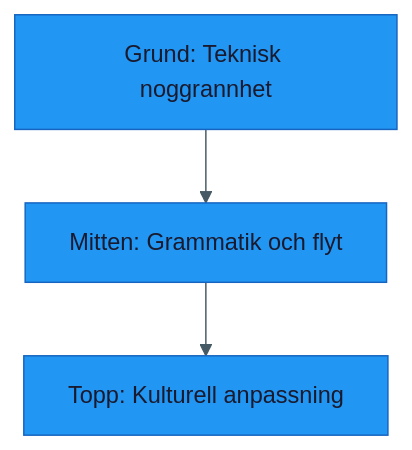
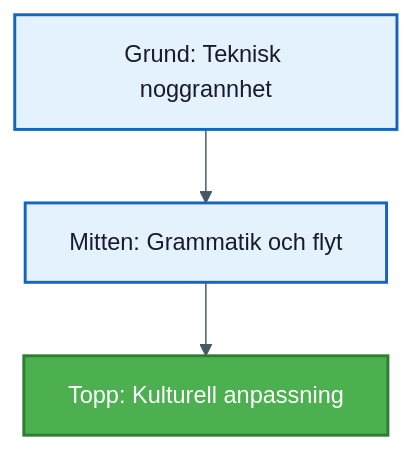
One commit to Hack23/homepage changed the second of 2 diagrams in Swedish-Translation-Guide.md. Above: the diagram before and after it, drawn with Mermaid. The commit also changed other lines of this file and 19 other files, not shown here.

First line of the commit message:
Add style-guide-compliant classDef styling to 44 unstyled flowcharts

````diff
--- a/Swedish-Translation-Guide.md
+++ b/Swedish-Translation-Guide.md
@@ -36,8 +43,16 @@
 ```mermaid
 %%{init: {"theme": "base", "themeVariables": {"primaryColor": "#2196F3", "primaryTextColor": "#1a1a2e", "lineColor": "#455A64", "secondaryColor": "#e8f5e9", "tertiaryColor": "#fff8e1", "primaryBorderColor": "#1565C0"}}}%%
 graph TD
     L1[Grund: Teknisk noggrannhet]
     L2[Mitten: Grammatik och flyt]
     L3[Topp: Kulturell anpassning]
     L1 --> L2 --> L3
+
+    classDef default fill:#e3f2fd,stroke:#1565C0,stroke-width:2px,color:#1a1a2e
+    classDef primary fill:#2196F3,stroke:#1565C0,stroke-width:2px,color:#ffffff
+    classDef success fill:#4CAF50,stroke:#2E7D32,stroke-width:2px,color:#ffffff
+    classDef warning fill:#FF9800,stroke:#F57C00,stroke-width:2px,color:#ffffff
+    classDef danger fill:#D32F2F,stroke:#B71C1C,stroke-width:2px,color:#ffffff
+    classDef info fill:#455A64,stroke:#263238,stroke-width:2px,color:#ffffff
+    class L3 success
 ```
````
